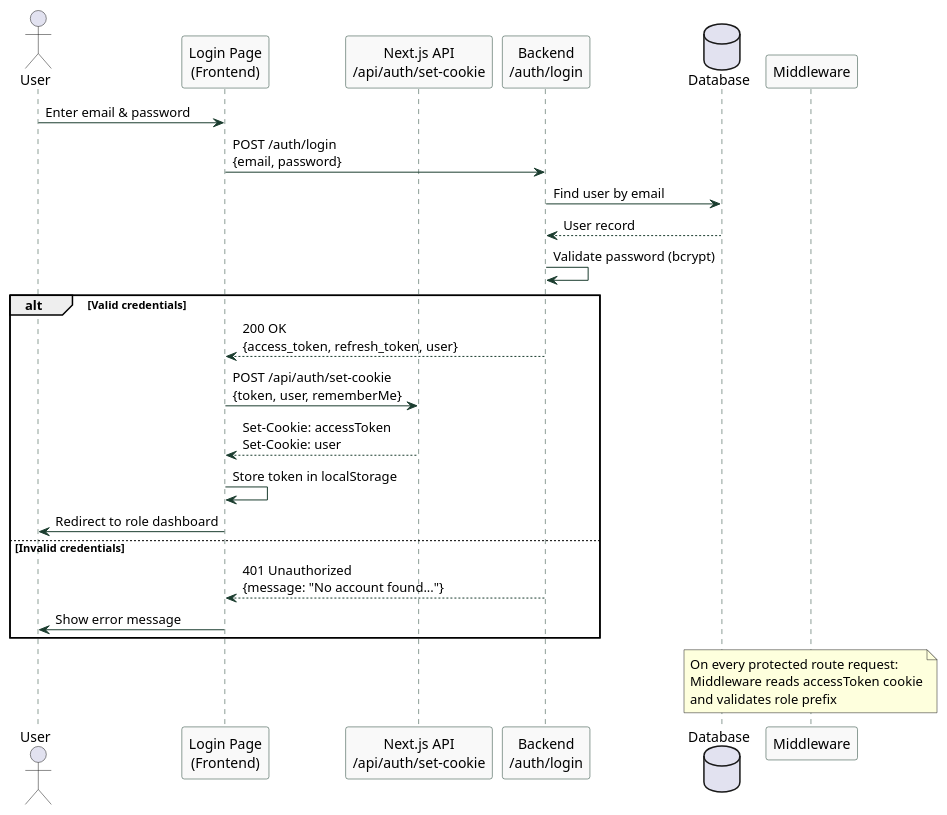
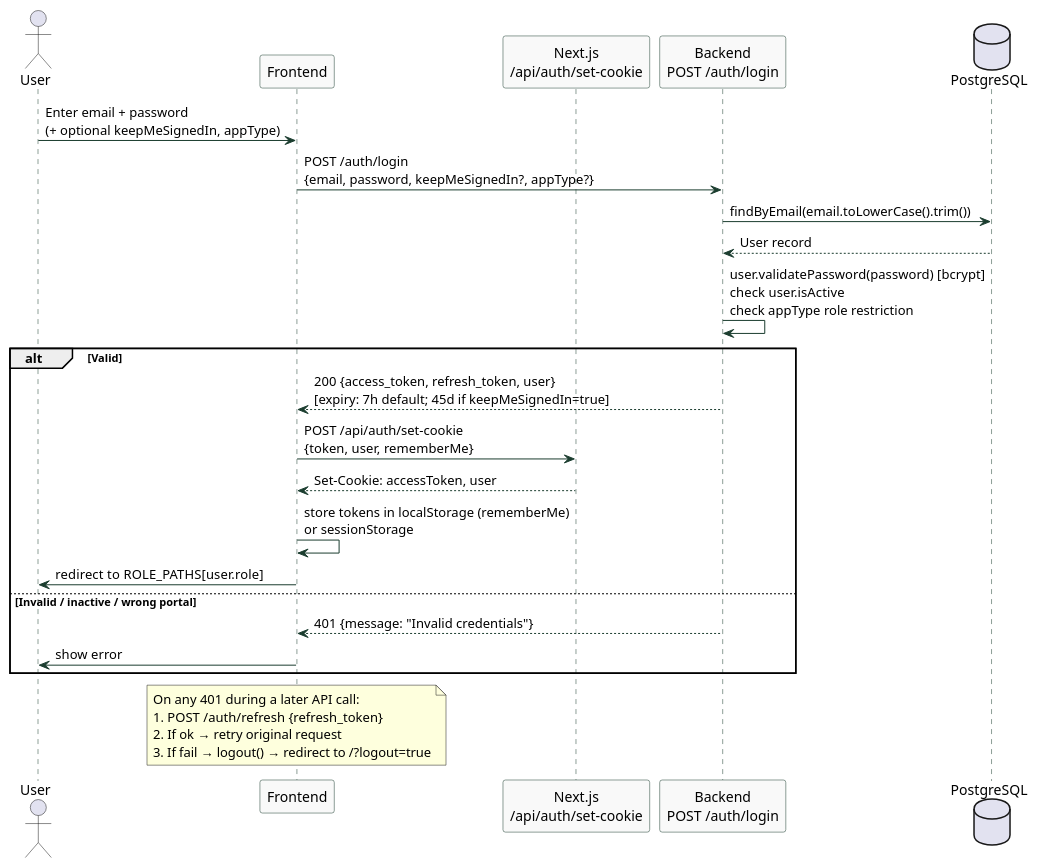
One commit to etrnkz/Fleet-Management-System changed the first of 9 diagrams in docs/sequence-diagrams.md. Above: the diagram before and after it, drawn with PlantUML. The commit also changed other lines of this file and 18 other files, not shown here.

Commit message:
docs: add state diagram, update sequence diagrams, use case diagram, database schema

````diff
--- a/docs/sequence-diagrams.md
+++ b/docs/sequence-diagrams.md
@@ -11,35 +11,33 @@
 ```plantuml
 @startuml SD_Login
-
 skinparam sequenceArrowColor #1B3D2F
 skinparam sequenceLifeLineBorderColor #1B3D2F
 skinparam sequenceParticipantBorderColor #1B3D2F
 skinparam sequenceParticipantBackgroundColor #f9f9f9
 
 actor "User" as U
-participant "Login Page\n(Frontend)" as FE
-participant "Next.js API\n/api/auth/set-cookie" as API
-participant "Backend\n/auth/login" as BE
-database "Database" as DB
-participant "Middleware" as MW
+participant "Frontend" as FE
+participant "Next.js\n/api/auth/set-cookie" as COOKIE
+participant "Backend\nPOST /auth/login" as BE
+database "PostgreSQL" as DB
 
-U -> FE : Enter email & password
-FE -> BE : POST /auth/login\n{email, password}
-BE -> DB : Find user by email
+U -> FE : Enter email + password\n(+ optional keepMeSignedIn, appType)
+FE -> BE : POST /auth/login\n{email, password, keepMeSignedIn?, appType?}
+BE -> DB : findByEmail(email.toLowerCase().trim())
 DB --> BE : User record
-BE -> BE : Validate password (bcrypt)
-alt Valid credentials
-  BE --> FE : 200 OK\n{access_token, refresh_token, user}
-  FE -> API : POST /api/auth/set-cookie\n{token, user, rememberMe}
-  API --> FE : Set-Cookie: accessToken\nSet-Cookie: user
-  FE -> FE : Store token in localStorage
-  FE -> U : Redirect to role dashboard
-else Invalid credentials
-  BE --> FE : 401 Unauthorized\n{message: "No account found..."}
-  FE -> U : Show error message
+BE -> BE : user.validatePassword(password) [bcrypt]\ncheck user.isActive\ncheck appType role restriction
+alt Valid
+  BE --> FE : 200 {access_token, refresh_token, user}\n[expiry: 7h default; 45d if keepMeSignedIn=true]
+  FE -> COOKIE : POST /api/auth/set-cookie\n{token, user, rememberMe}
+  COOKIE --> FE : Set-Cookie: accessToken, user
+  FE -> FE : store tokens in localStorage (rememberMe)\nor sessionStorage
+  FE -> U : redirect to ROLE_PATHS[user.role]
+else Invalid / inactive / wrong portal
+  BE --> FE : 401 {message: "Invalid credentials"}
+  FE -> U : show error
 end
 
-note over MW : On every protected route request:\nMiddleware reads accessToken cookie\nand validates role prefix
+note over FE : On any 401 during a later API call:\n1. POST /auth/refresh {refresh_token}\n2. If ok → retry original request\n3. If fail → logout() → redirect to /?logout=true
 
 @enduml
 ```
````
